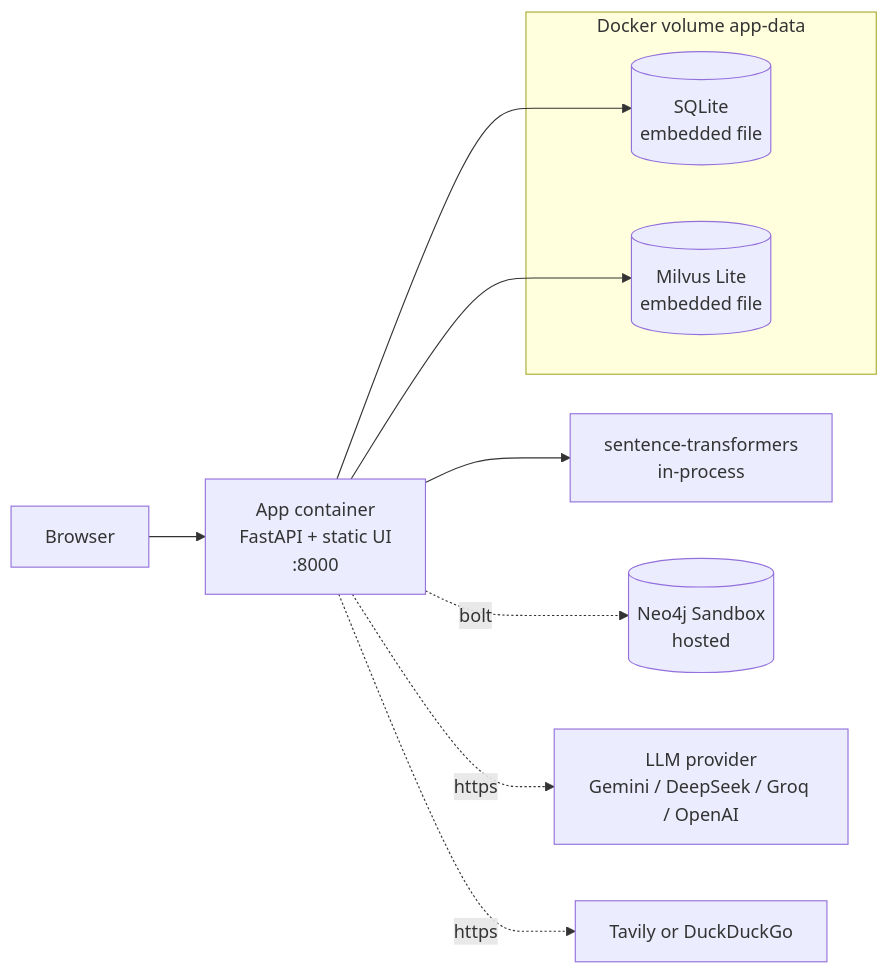
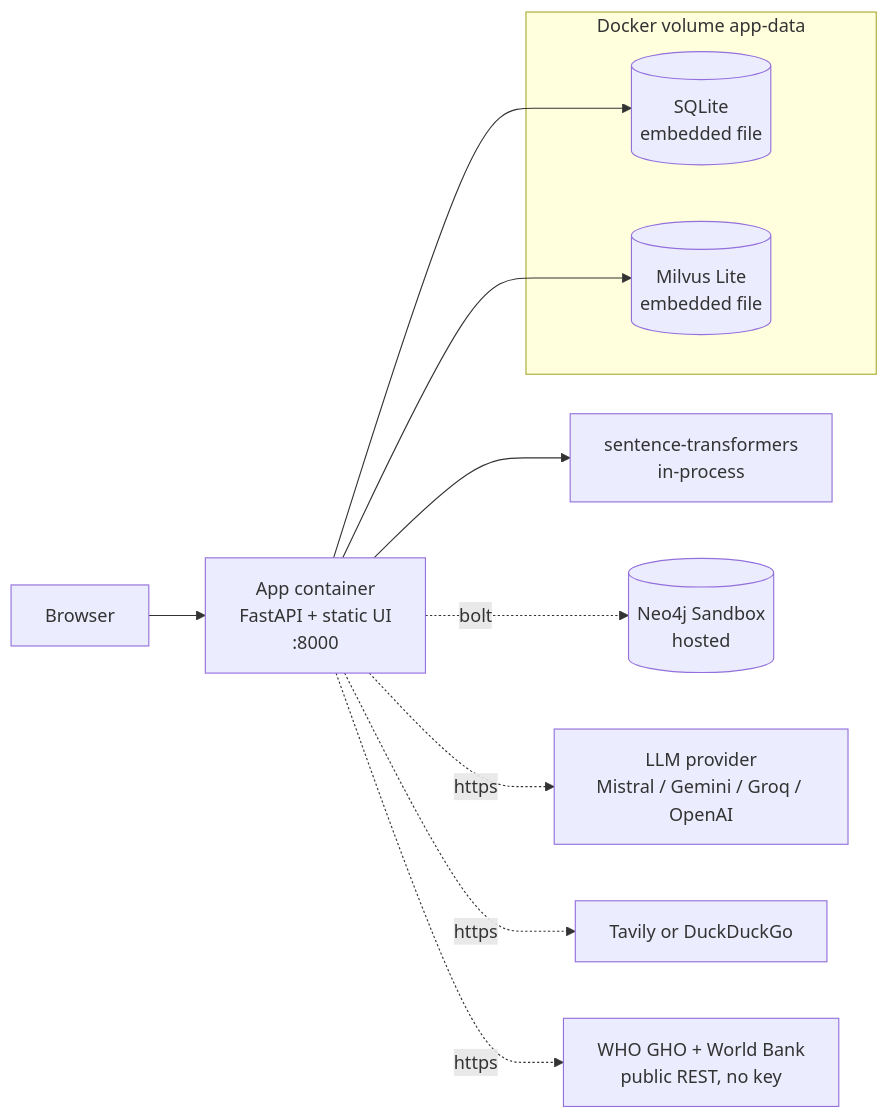
One commit to suraj19/cardio4cities changed the diagram in docs/DEPLOYMENT.md. Above: the diagram before and after it, drawn with Mermaid. The commit also changed other lines of this file and 22 other files, not shown here.

````diff
--- a/docs/DEPLOYMENT.md
+++ b/docs/DEPLOYMENT.md
@@ -37,15 +38,16 @@
 ```mermaid
 graph LR
   U[Browser] --> A[App container<br/>FastAPI + static UI<br/>:8000]
   A --> S[(SQLite<br/>embedded file)]
   A --> M[(Milvus Lite<br/>embedded file)]
   A --> E[sentence-transformers<br/>in-process]
   A -.bolt.-> N[(Neo4j Sandbox<br/>hosted)]
-  A -.https.-> L[LLM provider<br/>Gemini / DeepSeek / Groq / OpenAI]
+  A -.https.-> L[LLM provider<br/>Mistral / Gemini / Groq / OpenAI]
   A -.https.-> T[Tavily or DuckDuckGo]
+  A -.https.-> O[WHO GHO + World Bank<br/>public REST, no key]
 
   subgraph vol["Docker volume app-data"]
     S
     M
   end
 ```
````
